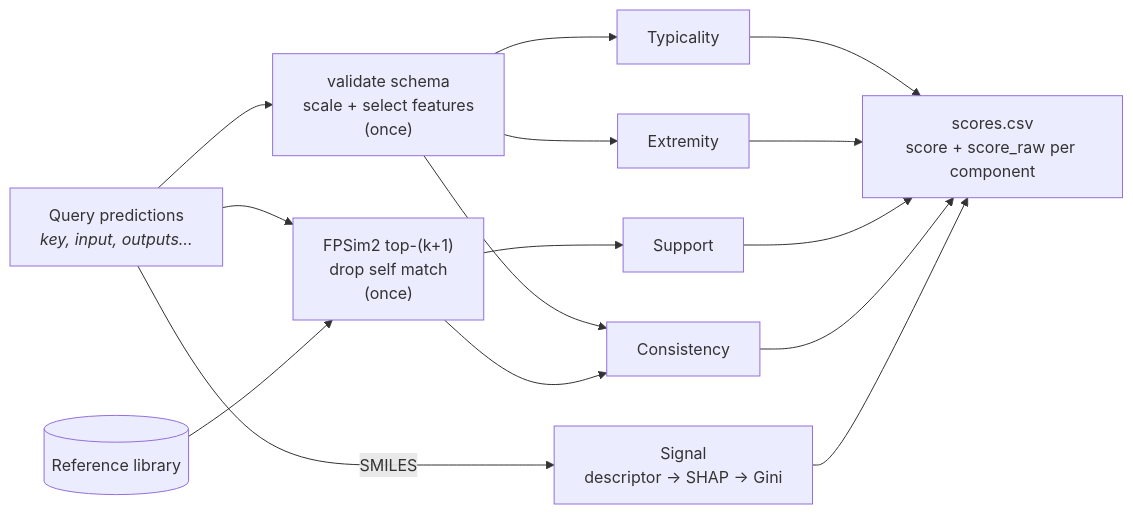
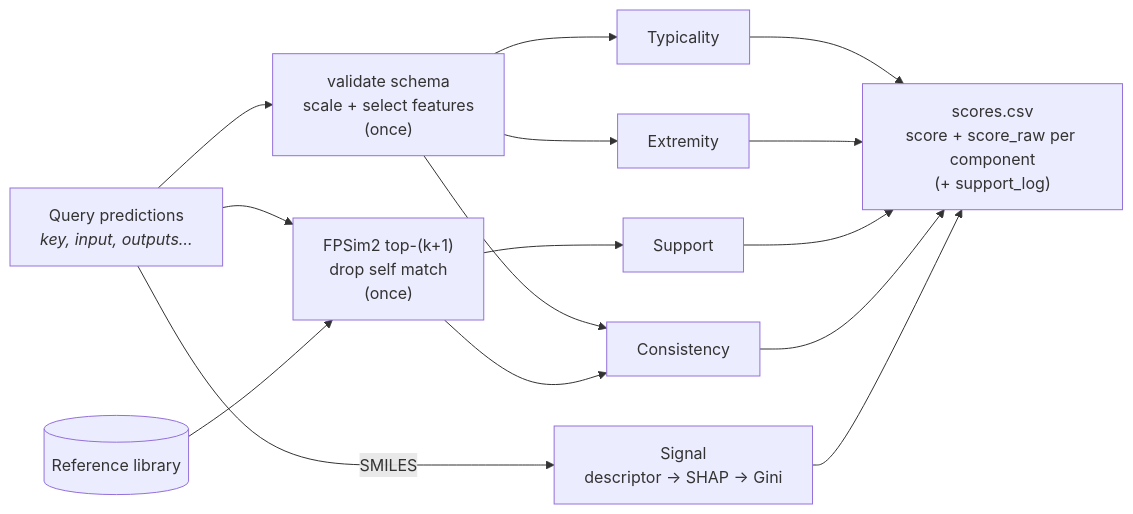
One commit to ersilia-os/eosquality changed the second of 2 diagrams in docs/diagram.md. Above: the diagram before and after it, drawn with Mermaid. The commit also changed other lines of this file and 13 other files, not shown here.

First line of the commit message:
Support: calibrate per fingerprint-size bin and add support_log (format 3)

````diff
--- a/docs/diagram.md
+++ b/docs/diagram.md
@@ -27,10 +27,10 @@
 ```mermaid
 flowchart LR
     Q["Query predictions<br/><i>key, input, outputs…</i>"] --> SCALE["validate schema<br/>scale + select features<br/>(once)"]
     Q --> FPQ["FPSim2 top-(k+1)<br/>drop self match<br/>(once)"]
     LIB[("Reference library")] --> FPQ
     SCALE --> TYP[Typicality] & EXT[Extremity] & CON[Consistency]
     FPQ --> SUP[Support] & CON
     Q -- SMILES --> SIG["Signal<br/>descriptor → SHAP → Gini"]
-    TYP & EXT & SUP & CON & SIG --> OUT["scores.csv<br/>score + score_raw per component"]
+    TYP & EXT & SUP & CON & SIG --> OUT["scores.csv<br/>score + score_raw per component<br/>(+ support_log)"]
 ```
````
